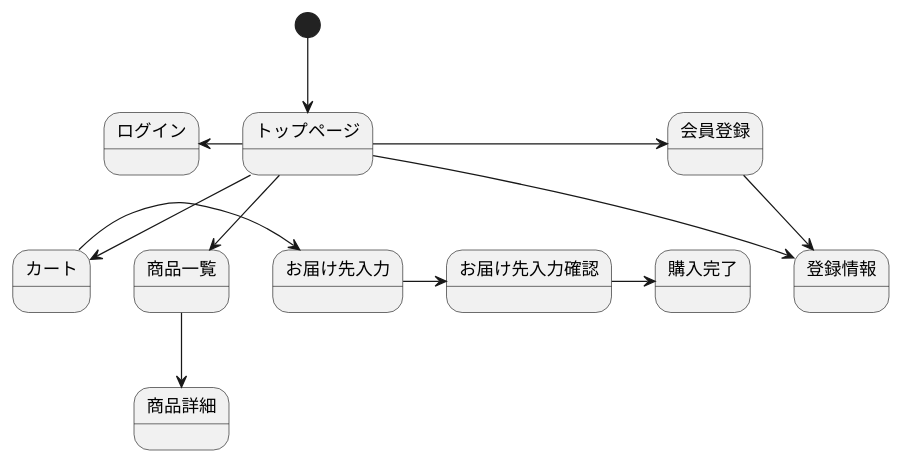
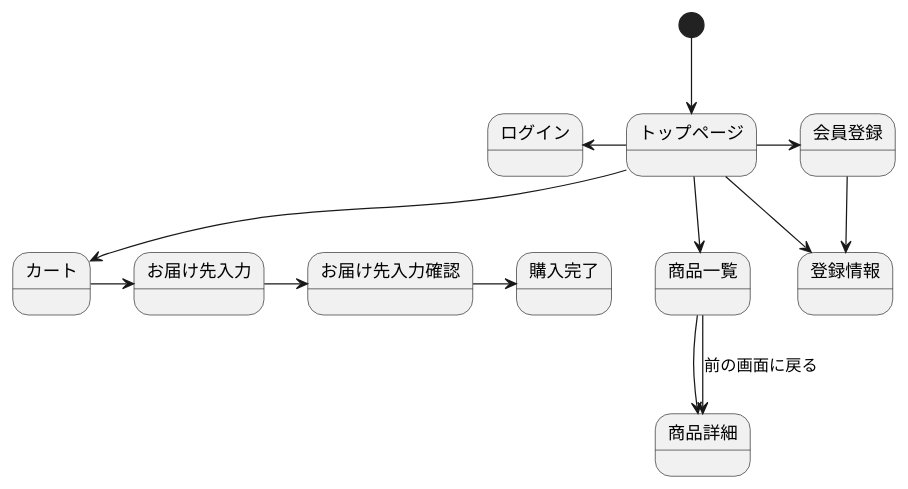
One commit to aso2001190/sys2021-design changed the diagram in stm01.md. Above: the diagram before and after it, drawn with PlantUML.

````diff
--- a/stm01.md
+++ b/stm01.md
@@ -1,18 +1,20 @@
 ```uml
 @startuml
 [*] --> トップページ
 トップページ -> 会員登録
 トップページ -left-> ログイン
 トップページ --> カート
 トップページ --> 登録情報
 トップページ --> 商品一覧
 商品一覧 --> 商品詳細
+商品一覧 --> 商品詳細 : 前の画面に戻る
+
 
 会員登録 --> 登録情報
 カート -> お届け先入力
 お届け先入力 -> お届け先入力確認
 お届け先入力確認 -> 購入完了
 
 
 @enduml
 ```
````
